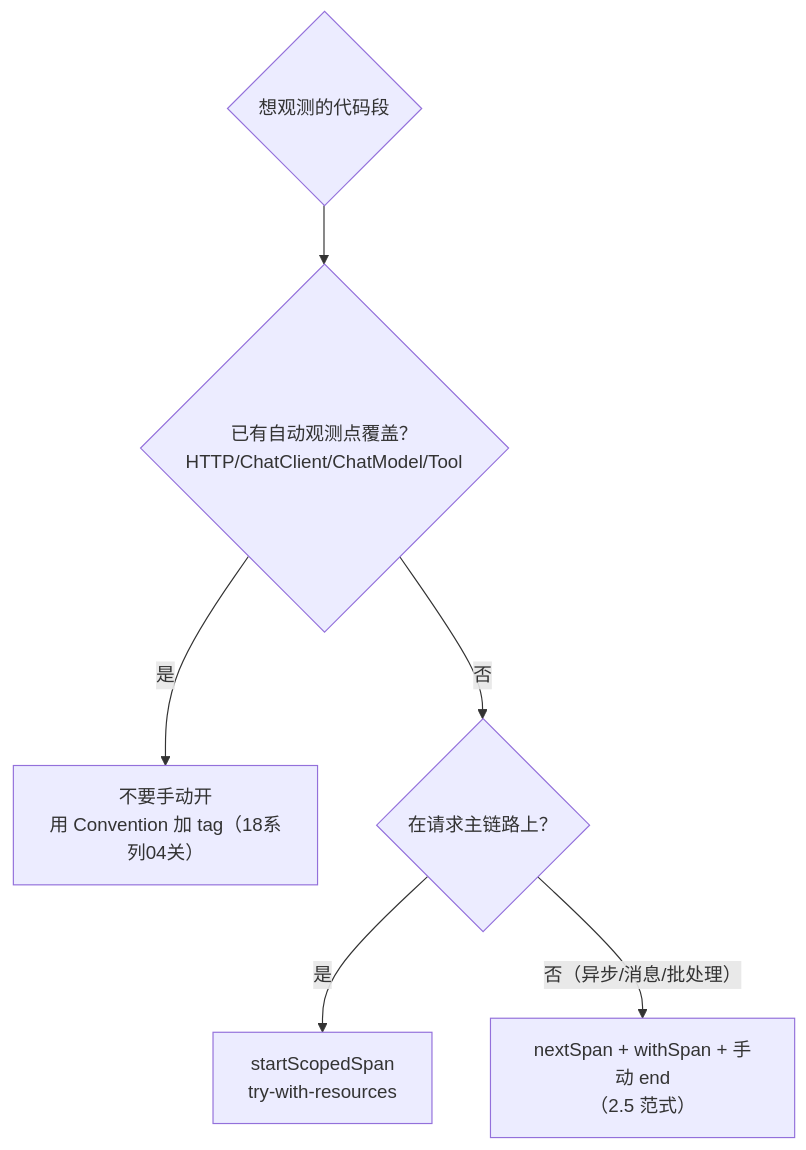
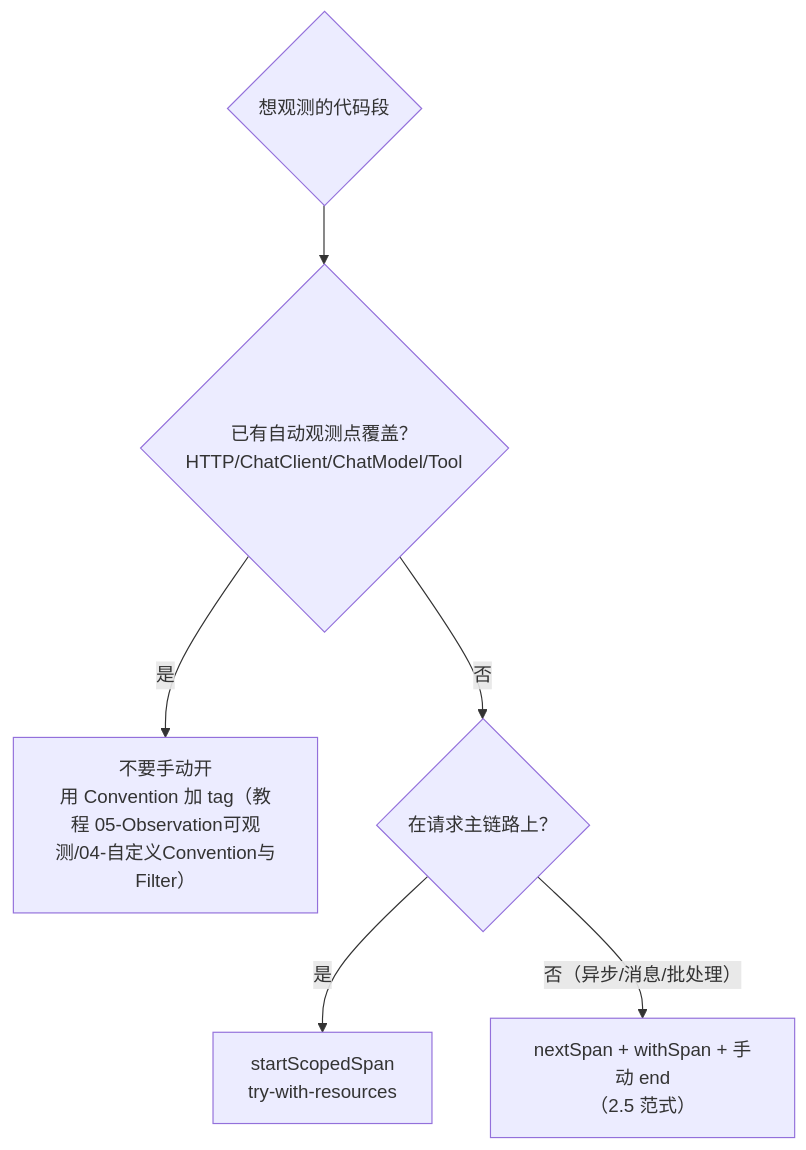
Before and after one commit to UranusGit/java-agent-learn: the second of 2 diagrams in docs/教程/06-TraceId全链路追踪/02-Tracer编程模型：手动开span.md, drawn with Mermaid. The commit also changed 10 other files, not shown here.

````diff
--- a/docs/教程/06-TraceId全链路追踪/02-Tracer编程模型：手动开span.md
+++ b/docs/教程/06-TraceId全链路追踪/02-Tracer编程模型：手动开span.md
@@ -161,8 +161,8 @@
 ```mermaid
 flowchart TD
     Q{"想观测的代码段"} --> A{"已有自动观测点覆盖？<br/>HTTP/ChatClient/ChatModel/Tool"}
-    A -->|"是"| R["不要手动开<br/>用 Convention 加 tag（18系列04关）"]
+    A -->|"是"| R["不要手动开<br/>用 Convention 加 tag（教程 05-Observation可观测/04-自定义Convention与Filter）"]
     A -->|"否"| B{"在请求主链路上？"}
     B -->|"是"| C["startScopedSpan<br/>try-with-resources"]
     B -->|"否（异步/消息/批处理）"| D["nextSpan + withSpan + 手动 end<br/>（2.5 范式）"]
 ```
````
